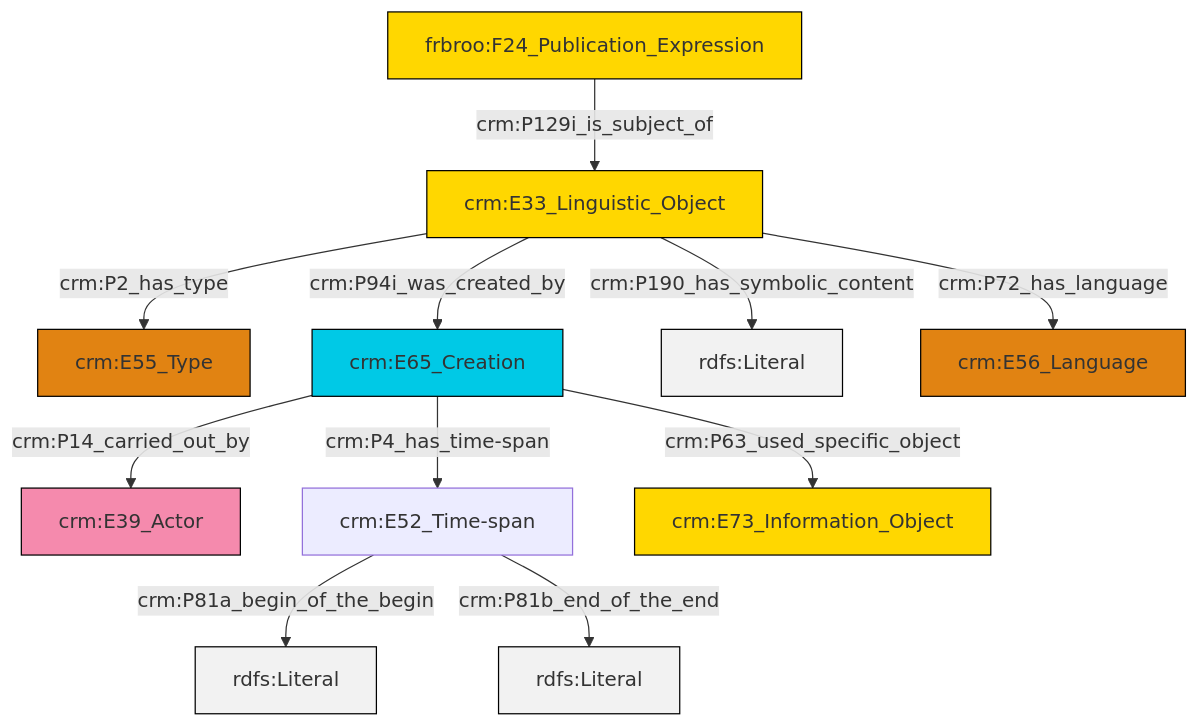
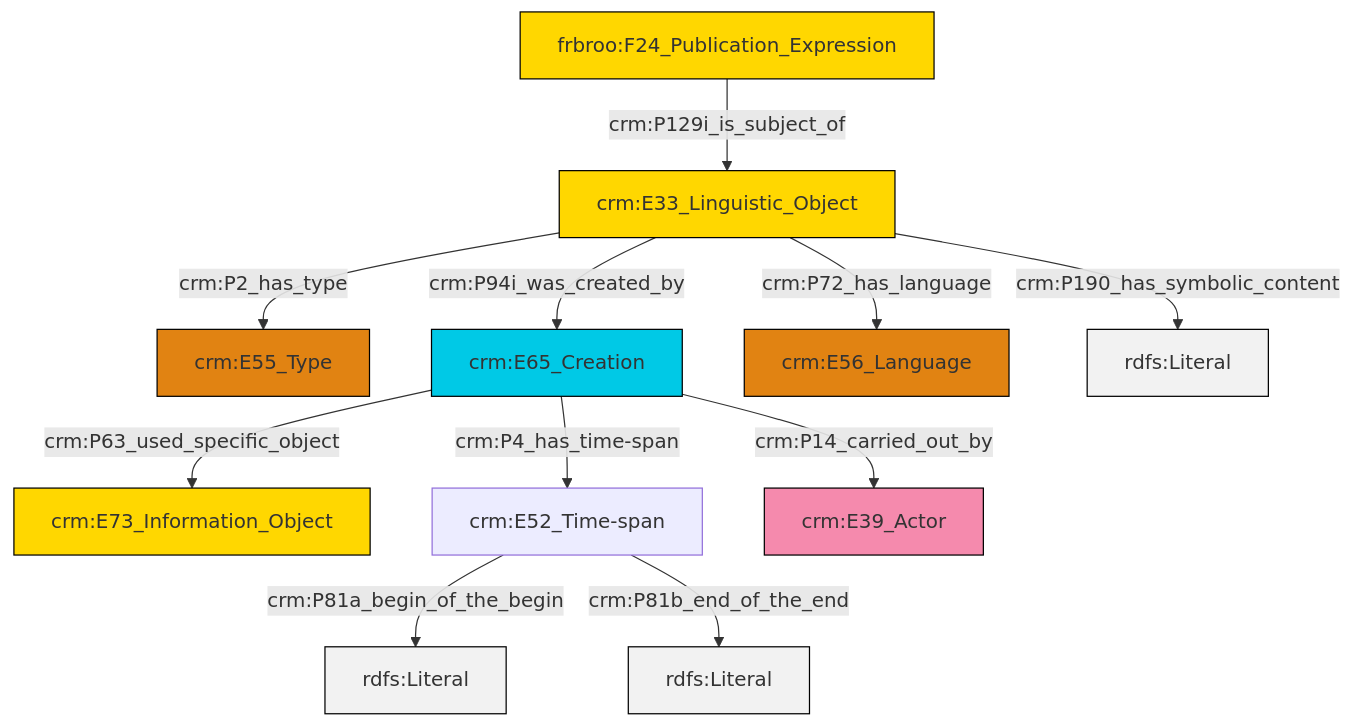
The diagram in et/biblioCSV/ttl/mmd/biblio_description.ttl.mmd (swiss-art-research-net/reference-data-models), drawn with Mermaid before and after one commit. The commit also changed 128 other files, not shown here.

```diff
--- a/et/biblioCSV/ttl/mmd/biblio_description.ttl.mmd
+++ b/et/biblioCSV/ttl/mmd/biblio_description.ttl.mmd
@@ -1,25 +1,25 @@
 graph TD
 classDef Literal fill:#f2f2f2,stroke:#000000;
 classDef CRM_Entity fill:#FFFFFF,stroke:#000000;
 classDef Temporal_Entity fill:#00C9E6, stroke:#000000;
 classDef Type fill:#E18312, stroke:#000000;
 classDef Time-Span fill:#2C9C91, stroke:#000000;
 classDef Appellation fill:#FFEB7F, stroke:#000000;
 classDef Place fill:#008836, stroke:#000000;
 classDef Persistent_Item fill:#B266B2, stroke:#000000;
 classDef Conceptual_Object fill:#FFD700, stroke:#000000;
 classDef Physical_Thing fill:#D2B48C, stroke:#000000;
 classDef Actor fill:#f58aad, stroke:#000000;
 classDef PC_Classes fill:#4ce600, stroke:#000000;
 classDef Multi fill:#cccccc,stroke:#000000;
 
-2["crm:E33_Linguistic_Object"]:::Conceptual_Object -->|crm:P94i_was_created_by| 3["crm:E65_Creation"]:::Temporal_Entity
-3["crm:E65_Creation"]:::Temporal_Entity -->|crm:P14_carried_out_by| 4["crm:E39_Actor"]:::Actor
-5["crm:E52_Time-span"]:::Default -->|crm:P81a_begin_of_the_begin| 6[rdfs:Literal]:::Literal
-3["crm:E65_Creation"]:::Temporal_Entity -->|crm:P63_used_specific_object| 10["crm:E73_Information_Object"]:::Conceptual_Object
-3["crm:E65_Creation"]:::Temporal_Entity -->|crm:P4_has_time-span| 5["crm:E52_Time-span"]:::Default
-2["crm:E33_Linguistic_Object"]:::Conceptual_Object -->|crm:P190_has_symbolic_content| 13[rdfs:Literal]:::Literal
-5["crm:E52_Time-span"]:::Default -->|crm:P81b_end_of_the_end| 16[rdfs:Literal]:::Literal
-2["crm:E33_Linguistic_Object"]:::Conceptual_Object -->|crm:P72_has_language| 17["crm:E56_Language"]:::Type
-2["crm:E33_Linguistic_Object"]:::Conceptual_Object -->|crm:P2_has_type| 0["crm:E55_Type"]:::Type
-8["frbroo:F24_Publication_Expression"]:::Conceptual_Object -->|crm:P129i_is_subject_of| 2["crm:E33_Linguistic_Object"]:::Conceptual_Object
+6["crm:E52_Time-span"]:::Default -->|crm:P81a_begin_of_the_begin| 7[rdfs:Literal]:::Literal
+2["crm:E65_Creation"]:::Temporal_Entity -->|crm:P63_used_specific_object| 4["crm:E73_Information_Object"]:::Conceptual_Object
+2["crm:E65_Creation"]:::Temporal_Entity -->|crm:P14_carried_out_by| 9["crm:E39_Actor"]:::Actor
+6["crm:E52_Time-span"]:::Default -->|crm:P81b_end_of_the_end| 10[rdfs:Literal]:::Literal
+11["crm:E33_Linguistic_Object"]:::Conceptual_Object -->|crm:P94i_was_created_by| 2["crm:E65_Creation"]:::Temporal_Entity
+11["crm:E33_Linguistic_Object"]:::Conceptual_Object -->|crm:P72_has_language| 12["crm:E56_Language"]:::Type
+14["frbroo:F24_Publication_Expression"]:::Conceptual_Object -->|crm:P129i_is_subject_of| 11["crm:E33_Linguistic_Object"]:::Conceptual_Object
+11["crm:E33_Linguistic_Object"]:::Conceptual_Object -->|crm:P2_has_type| 0["crm:E55_Type"]:::Type
+2["crm:E65_Creation"]:::Temporal_Entity -->|crm:P4_has_time-span| 6["crm:E52_Time-span"]:::Default
+11["crm:E33_Linguistic_Object"]:::Conceptual_Object -->|crm:P190_has_symbolic_content| 17[rdfs:Literal]:::Literal
```
